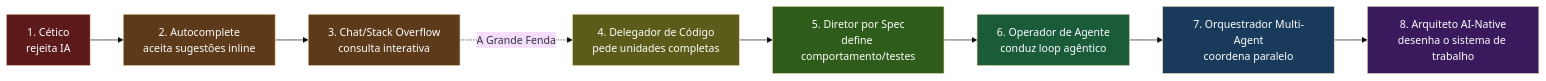
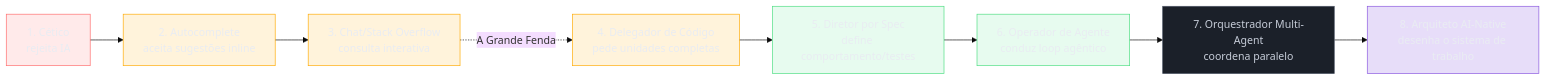
Before and after one commit to josenaldo/codex-technomanticus: the diagram in 03-Dominios/Tecnologia/IA/Modelo de Maturidade AI - Steve Yegge.md, drawn with Mermaid (base theme). The commit also changed 1181 other files, not shown here.

First line of the commit message:
fix(diagramas): paleta do sistema no lugar de cor cravada no markdown

````diff
--- a/03-Dominios/Tecnologia/IA/Modelo de Maturidade AI - Steve Yegge.md
+++ b/03-Dominios/Tecnologia/IA/Modelo de Maturidade AI - Steve Yegge.md
@@ -70,19 +70,24 @@
 ```mermaid
 flowchart LR
+    classDef falha fill:#FF6B6B24,stroke:#FF6B6B,color:#E9ECF2
+    classDef destaque fill:#FFAA0024,stroke:#FFAA00,color:#E9ECF2
+    classDef ok fill:#4ADE8021,stroke:#4ADE80,color:#E9ECF2
+    classDef neutro fill:#1B2029,stroke:#4E5666,color:#C6CCD8
+    classDef marca fill:#8855DF33,stroke:#8855DF,color:#E9ECF2
     E1["1. Cético<br/>rejeita IA"] --> E2["2. Autocomplete<br/>aceita sugestões inline"]
     E2 --> E3["3. Chat/Stack Overflow<br/>consulta interativa"]
     E3 -. A Grande Fenda .-> E4["4. Delegador de Código<br/>pede unidades completas"]
     E4 --> E5["5. Diretor por Spec<br/>define comportamento/testes"]
     E5 --> E6["6. Operador de Agente<br/>conduz loop agêntico"]
     E6 --> E7["7. Orquestrador Multi-Agent<br/>coordena paralelo"]
     E7 --> E8["8. Arquiteto AI-Native<br/>desenha o sistema de trabalho"]
 
-    style E1 fill:#5c1a1a,color:#fff
-    style E2 fill:#5c3a1a,color:#fff
-    style E3 fill:#5c3a1a,color:#fff
-    style E4 fill:#5c5c1a,color:#fff
-    style E5 fill:#2f5c1a,color:#fff
-    style E6 fill:#1a5c3a,color:#fff
-    style E7 fill:#1a3a5c,color:#fff
-    style E8 fill:#3a1a5c,color:#fff
+    class E1 falha
+    class E2 destaque
+    class E3 destaque
+    class E4 destaque
+    class E5 ok
+    class E6 ok
+    class E7 neutro
+    class E8 marca
 ```
````
